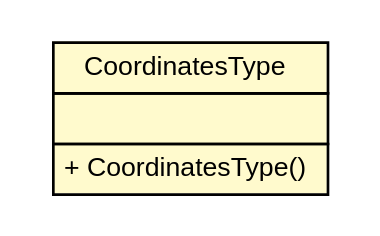
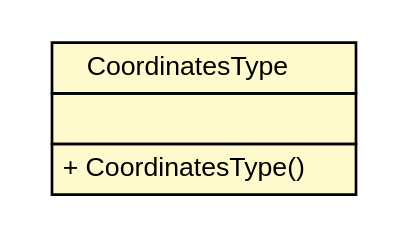
The diagram in apidocs/nl/geozet/openls/databinding/gml/CoordinatesType.dot (geozet/openls-databinding), drawn with Graphviz before and after one commit. The commit also changed 307 other files, not shown here.

```diff
--- a/apidocs/nl/geozet/openls/databinding/gml/CoordinatesType.dot
+++ b/apidocs/nl/geozet/openls/databinding/gml/CoordinatesType.dot
@@ -1,24 +1,24 @@
 #!/usr/local/bin/dot
 #
 # Class diagram 
 # Generated by UMLGraph version R5_6-24-gf6e263 (http://www.umlgraph.org/)
 #
 
 digraph G {
-	edge [fontname="arial",fontsize=10,labelfontname="arial",labelfontsize=10];
-	node [fontname="arial",fontsize=10,shape=plaintext];
+	edge [fontname="Helvetica",fontsize=10,labelfontname="Helvetica",labelfontsize=10];
+	node [fontname="Helvetica",fontsize=10,shape=plaintext];
 	nodesep=0.25;
 	ranksep=0.5;
 	// nl.geozet.openls.databinding.gml.CoordinatesType
-	c130 [label=<<table title="nl.geozet.openls.databinding.gml.CoordinatesType" border="0" cellborder="1" cellspacing="0" cellpadding="2" port="p" bgcolor="lemonChiffon" href="./CoordinatesType.html">
+	c132 [label=<<table title="nl.geozet.openls.databinding.gml.CoordinatesType" border="0" cellborder="1" cellspacing="0" cellpadding="2" port="p" bgcolor="lemonChiffon" href="./CoordinatesType.html">
 		<tr><td><table border="0" cellspacing="0" cellpadding="1">
 <tr><td align="center" balign="center"> CoordinatesType </td></tr>
 		</table></td></tr>
 		<tr><td><table border="0" cellspacing="0" cellpadding="1">
 <tr><td align="left" balign="left">  </td></tr>
 		</table></td></tr>
 		<tr><td><table border="0" cellspacing="0" cellpadding="1">
 <tr><td align="left" balign="left"> + CoordinatesType() </td></tr>
 		</table></td></tr>
-		</table>>, URL="./CoordinatesType.html", fontname="arial", fontcolor="black", fontsize=10.0];
+		</table>>, URL="./CoordinatesType.html", fontname="Helvetica", fontcolor="black", fontsize=10.0];
 }
```
